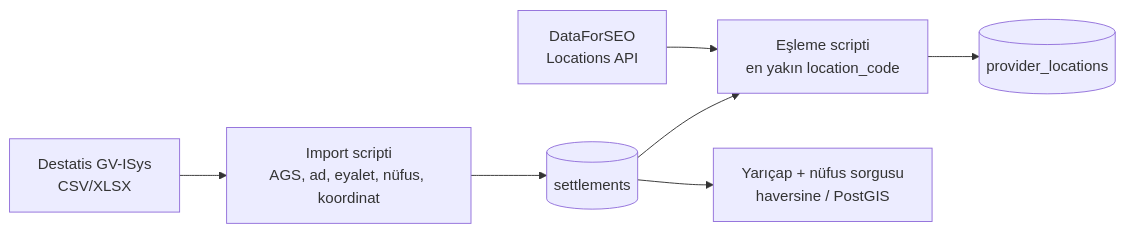
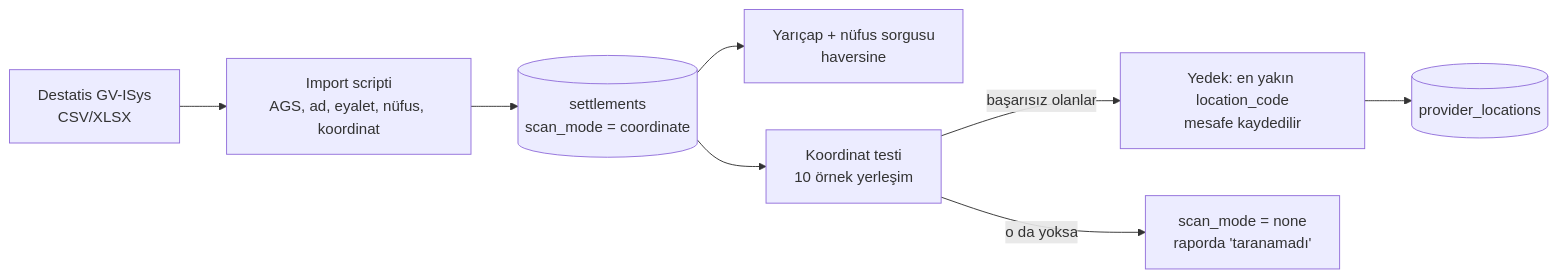
Before and after one commit to technsug-ops/-ortsrank: the second of 4 diagrams in docs/ROADMAP.md, drawn with Mermaid. The commit also changed other lines of this file and 4 other files, not shown here.

First line of the commit message:
Review roadmap and align schema

````diff
--- a/docs/ROADMAP.md
+++ b/docs/ROADMAP.md
@@ -84,9 +91,10 @@
 ```mermaid
 flowchart LR
     A[Destatis GV-ISys<br/>CSV/XLSX] --> B[Import scripti<br/>AGS, ad, eyalet, nüfus, koordinat]
-    B --> C[(settlements)]
-    D[DataForSEO<br/>Locations API] --> E[Eşleme scripti<br/>en yakın location_code]
-    C --> E
+    B --> C[(settlements<br/>scan_mode = coordinate)]
+    C --> G[Yarıçap + nüfus sorgusu<br/>haversine]
+    C --> T[Koordinat testi<br/>10 örnek yerleşim]
+    T -->|başarısız olanlar| E[Yedek: en yakın location_code<br/>mesafe kaydedilir]
     E --> F[(provider_locations)]
-    C --> G[Yarıçap + nüfus sorgusu<br/>haversine / PostGIS]
+    T -->|o da yoksa| N[scan_mode = none<br/>raporda 'taranamadı']
 ```
````
